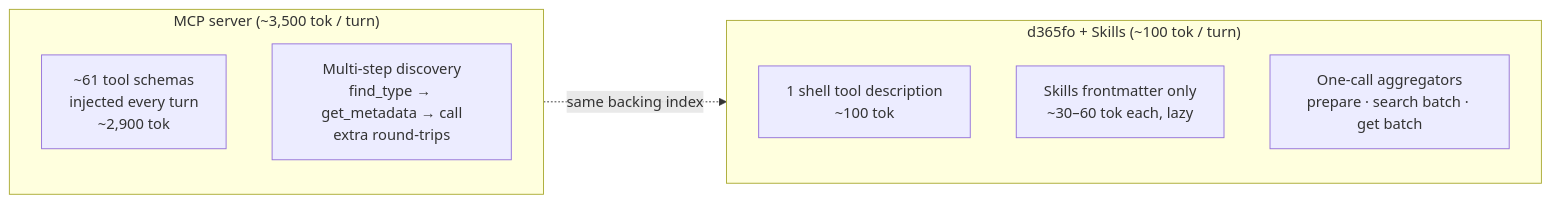
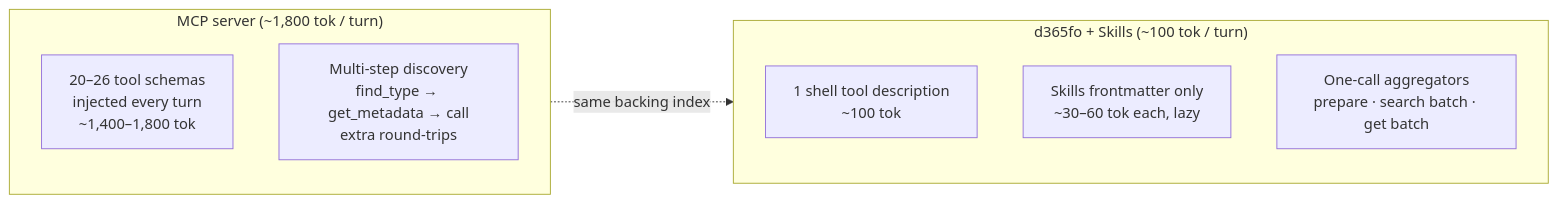
Before and after one commit to lelemm/d365fo-cli: the diagram in docs/TOKEN_ECONOMICS.md, drawn with Mermaid. The commit also changed other lines of this file and 23 other files, not shown here.

````diff
--- a/docs/TOKEN_ECONOMICS.md
+++ b/docs/TOKEN_ECONOMICS.md
@@ -9,15 +9,15 @@
 ```mermaid
 flowchart LR
-    subgraph MCP["MCP server (~3,500 tok / turn)"]
+    subgraph MCP["MCP server (~1,800 tok / turn)"]
         direction TB
-        M1["~61 tool schemas<br/>injected every turn<br/>~2,900 tok"]
+        M1["20–26 tool schemas<br/>injected every turn<br/>~1,400–1,800 tok"]
         M2["Multi-step discovery<br/>find_type → get_metadata → call<br/>extra round-trips"]
     end
     subgraph CLI["d365fo + Skills (~100 tok / turn)"]
         direction TB
         C1["1 shell tool description<br/>~100 tok"]
         C2["Skills frontmatter only<br/>~30–60 tok each, lazy"]
         C3["One-call aggregators<br/>prepare · search batch · get batch"]
     end
     MCP -.->|same backing index| CLI
 ```
````
